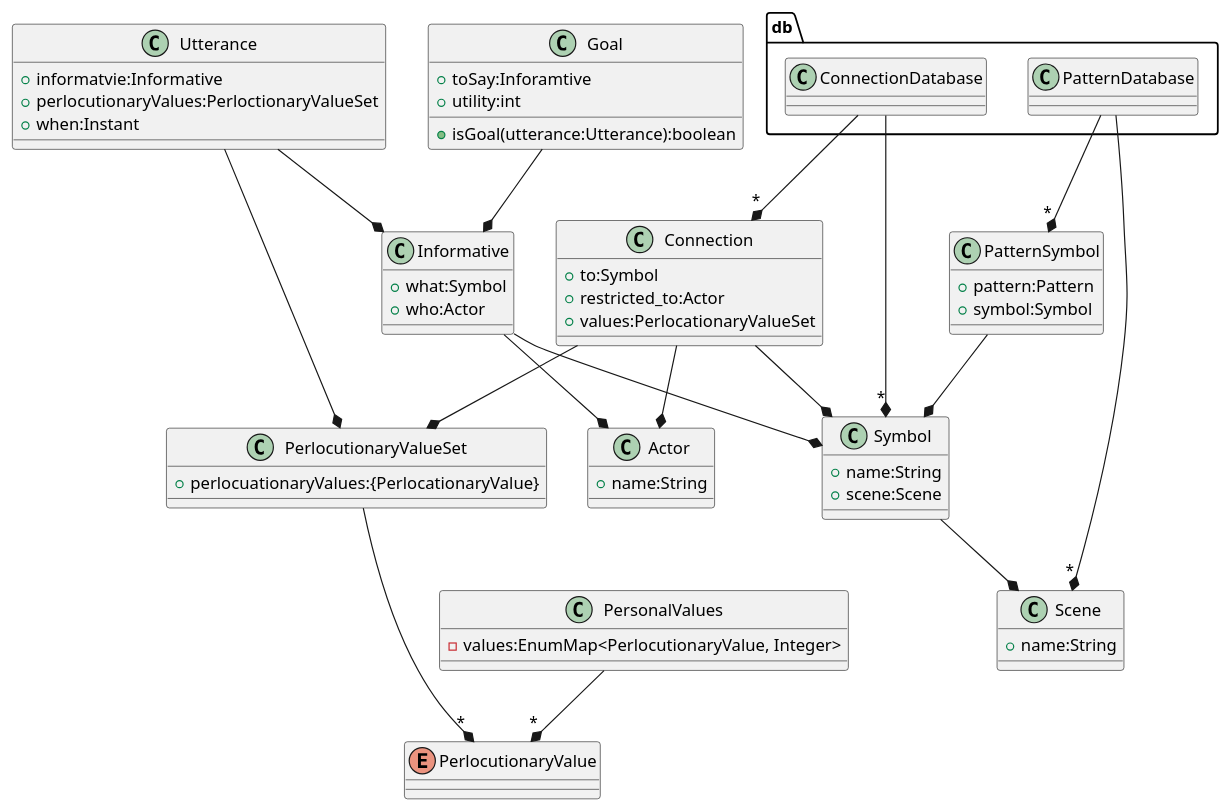
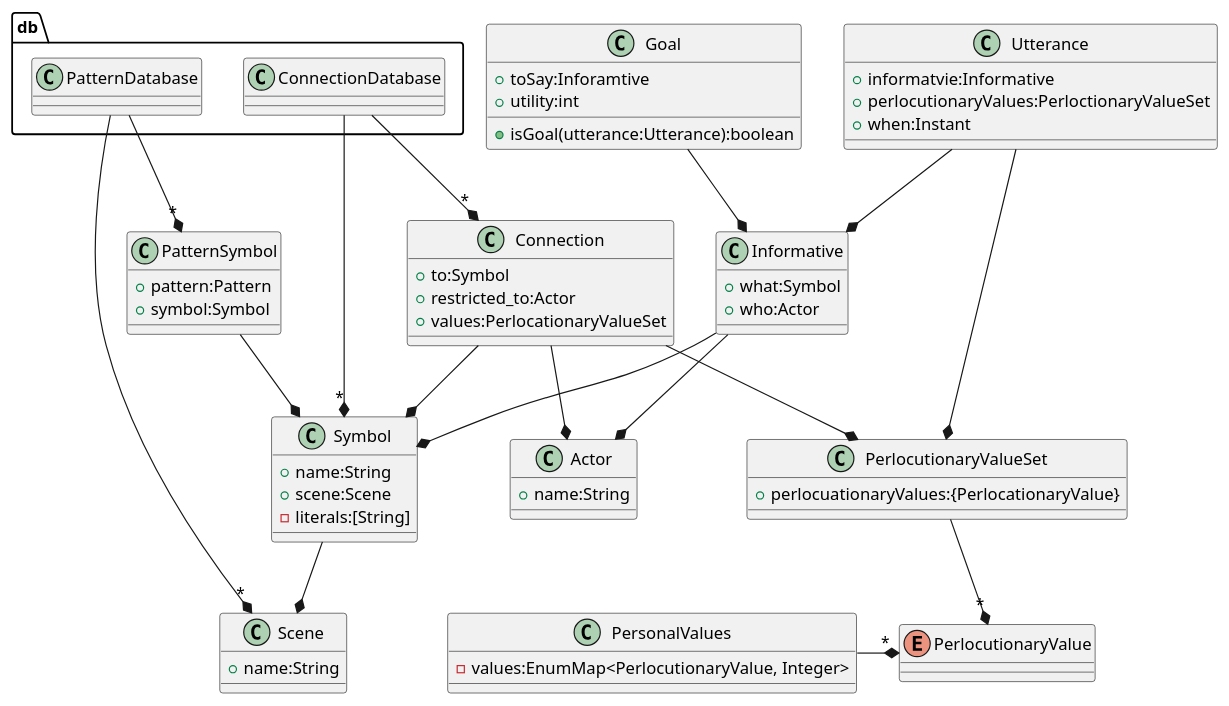
The tenth of 16 diagrams in thesis/thesis.org (jappeace/methods-homework), drawn with PlantUML before and after one commit. The commit also changed other lines of this file and 1 other file, not shown here.

Commit message:
Discussed database architecture more toroughly

```diff
--- a/thesis/thesis.org
+++ b/thesis/thesis.org
@@ -2786,65 +2785,66 @@
 #+BEGIN_SRC plantuml :cache yes :file img/uml/droolclass.png :exports results
   enum PerlocutionaryValue
   class PerlocutionaryValueSet{
     +perlocuationaryValues:{PerlocationaryValue}
   }
   PerlocutionaryValueSet --* "*" PerlocutionaryValue
 
   package db{
     class ConnectionDatabase
     class PatternDatabase 
   }
   PatternDatabase --* "*" PatternSymbol
   PatternDatabase --* "*" Scene
   ConnectionDatabase --* "*" Symbol
   ConnectionDatabase --* "*" Connection
 
   class Actor {
     +name:String
   }
   class Connection {
     +to:Symbol
     +restricted_to:Actor
     +values:PerlocationaryValueSet
   }
   Connection --* Symbol
   Connection --* Actor
   Connection --* PerlocutionaryValueSet
   class Goal{
     +toSay:Inforamtive
     +utility:int
     +isGoal(utterance:Utterance):boolean
   }
   Goal --* Informative
   class Informative{
      +what:Symbol
      +who:Actor
   }
   Informative --* Actor
   Informative --* Symbol
   class PatternSymbol{
      +pattern:Pattern
      +symbol:Symbol
   }
   PatternSymbol --* Symbol
   class PersonalValues{
      -values:EnumMap<PerlocutionaryValue, Integer>
   }
-  PersonalValues --* "*" PerlocutionaryValue
+  PersonalValues -* "*" PerlocutionaryValue
   class Scene {
     +name:String
   }
   class Symbol {
     +name:String
     +scene:Scene
+    -literals:[String]
   }
   Symbol --* Scene
   class Utterance{
     +informatvie:Informative
     +perlocutionaryValues:PerloctionaryValueSet
     +when:Instant
   }
   Utterance --* PerlocutionaryValueSet
   Utterance --* Informative
-  Actor -[hidden]-> PersonalValues
+  PerlocutionaryValueSet -[hidden]-> PersonalValues
 #+END_SRC
```
